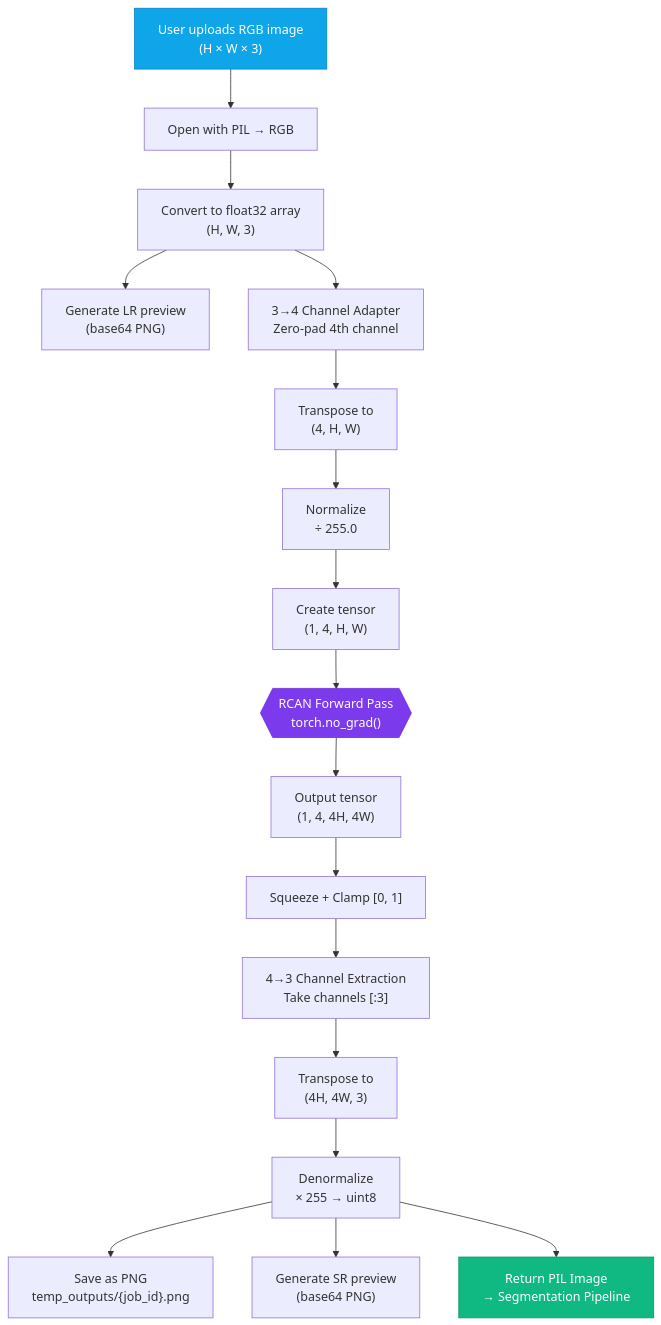
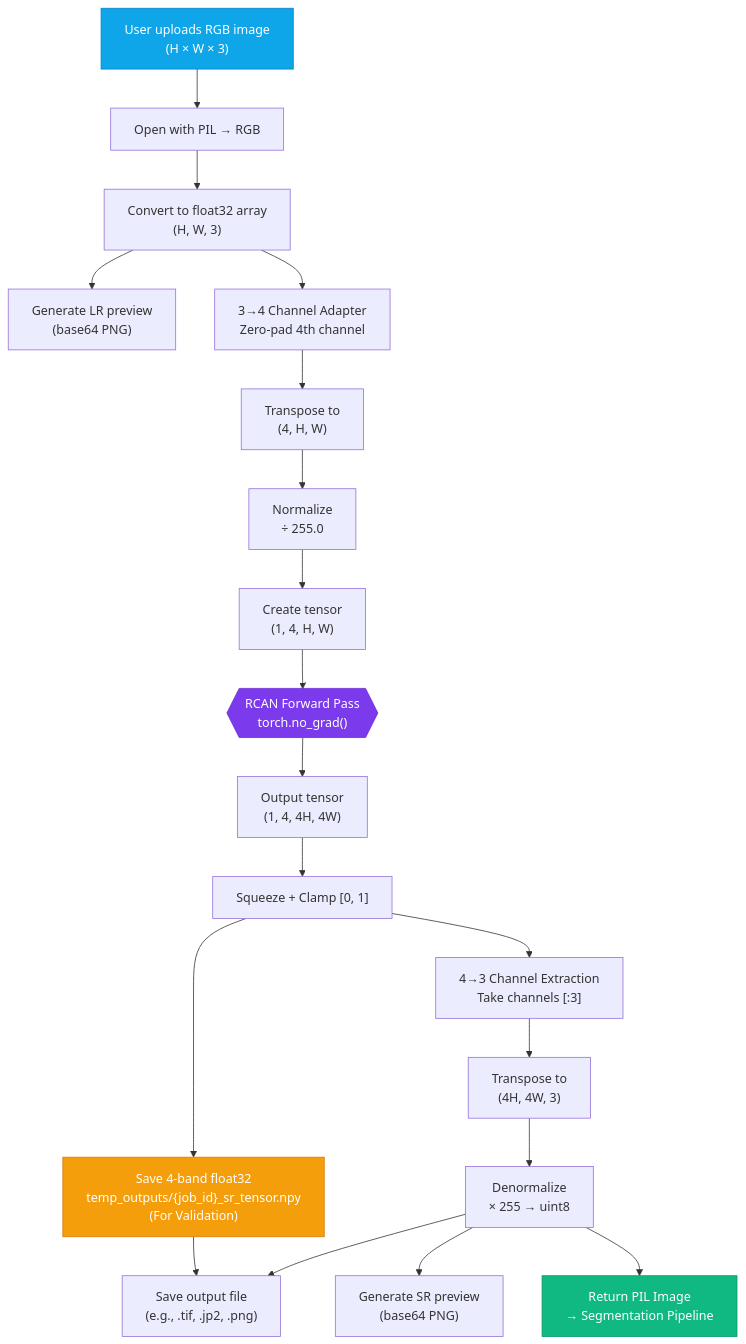
One commit to TheOnlySG/Super-Resolution-Model changed the ninth of 20 diagrams in architecture.md. Above: the diagram before and after it, drawn with Mermaid. The commit also changed other lines of this file and 27 other files, not shown here.

````diff
--- a/architecture.md
+++ b/architecture.md
@@ -557,27 +565,30 @@
 ```mermaid
 flowchart TD
     A["User uploads RGB image<br/>(H × W × 3)"] --> B["Open with PIL → RGB"]
     B --> C["Convert to float32 array<br/>(H, W, 3)"]
     C --> D["Generate LR preview<br/>(base64 PNG)"]
     
     C --> E["3→4 Channel Adapter<br/>Zero-pad 4th channel"]
     E --> F["Transpose to<br/>(4, H, W)"]
     F --> G["Normalize<br/>÷ 255.0"]
     G --> H["Create tensor<br/>(1, 4, H, W)"]
     
     H --> I{{"RCAN Forward Pass<br/>torch.no_grad()"}}
     
     I --> J["Output tensor<br/>(1, 4, 4H, 4W)"]
     J --> K["Squeeze + Clamp [0, 1]"]
+    K --> SAVE_NPY["Save 4-band float32<br/>temp_outputs/{job_id}_sr_tensor.npy<br/>(For Validation)"]
     K --> L["4→3 Channel Extraction<br/>Take channels [:3]"]
     L --> M["Transpose to<br/>(4H, 4W, 3)"]
     M --> N["Denormalize<br/>× 255 → uint8"]
     
-    N --> O["Save as PNG<br/>temp_outputs/{job_id}.png"]
+    N --> O["Save output file<br/>(e.g., .tif, .jp2, .png)"]
     N --> P["Generate SR preview<br/>(base64 PNG)"]
     N --> Q["Return PIL Image<br/>→ Segmentation Pipeline"]
+    SAVE_NPY --> O
     
     style A fill:#0ea5e9,stroke:#0284c7,color:#fff
     style I fill:#7c3aed,stroke:#6d28d9,color:#fff
     style Q fill:#10b981,stroke:#059669,color:#fff
+    style SAVE_NPY fill:#f59e0b,stroke:#d97706,color:#fff
 ```
````
